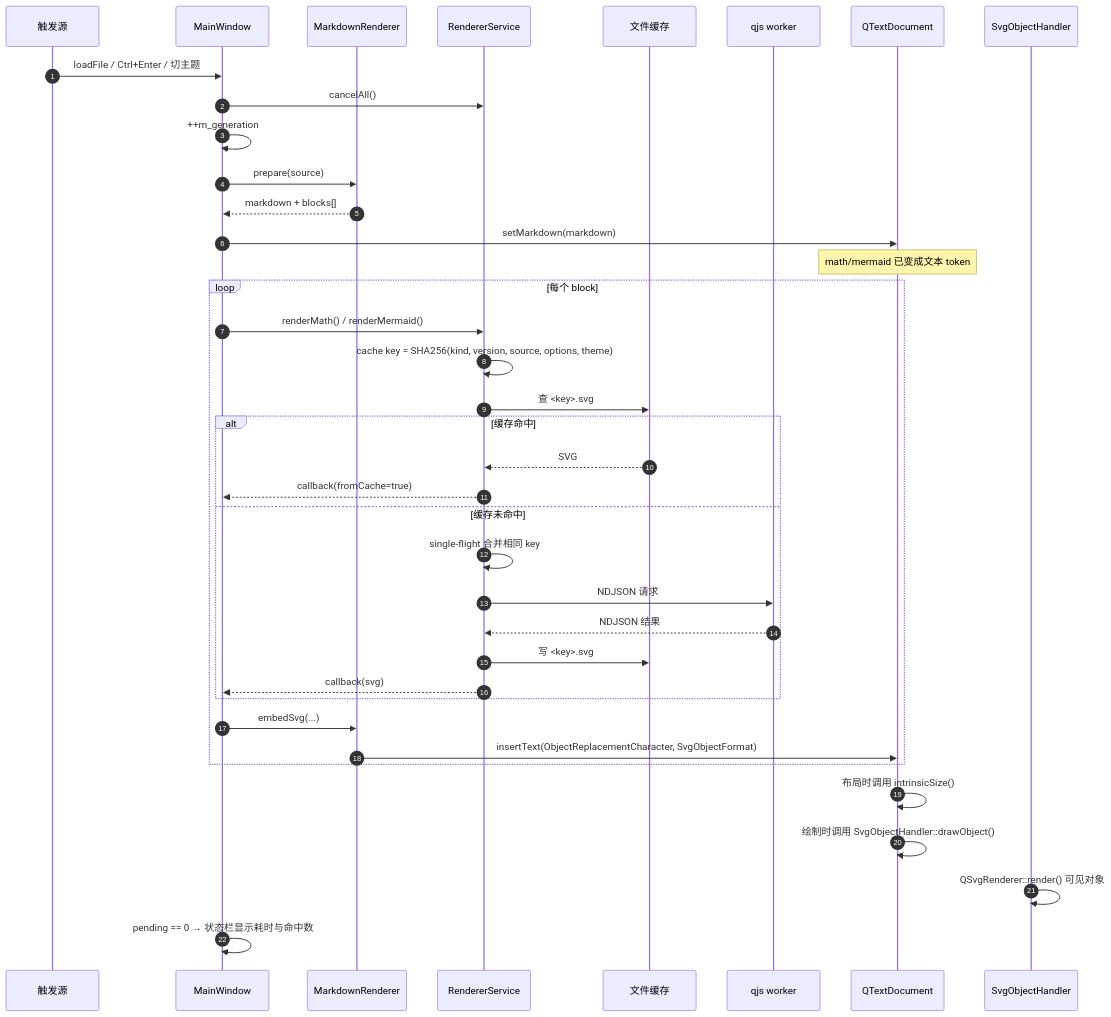
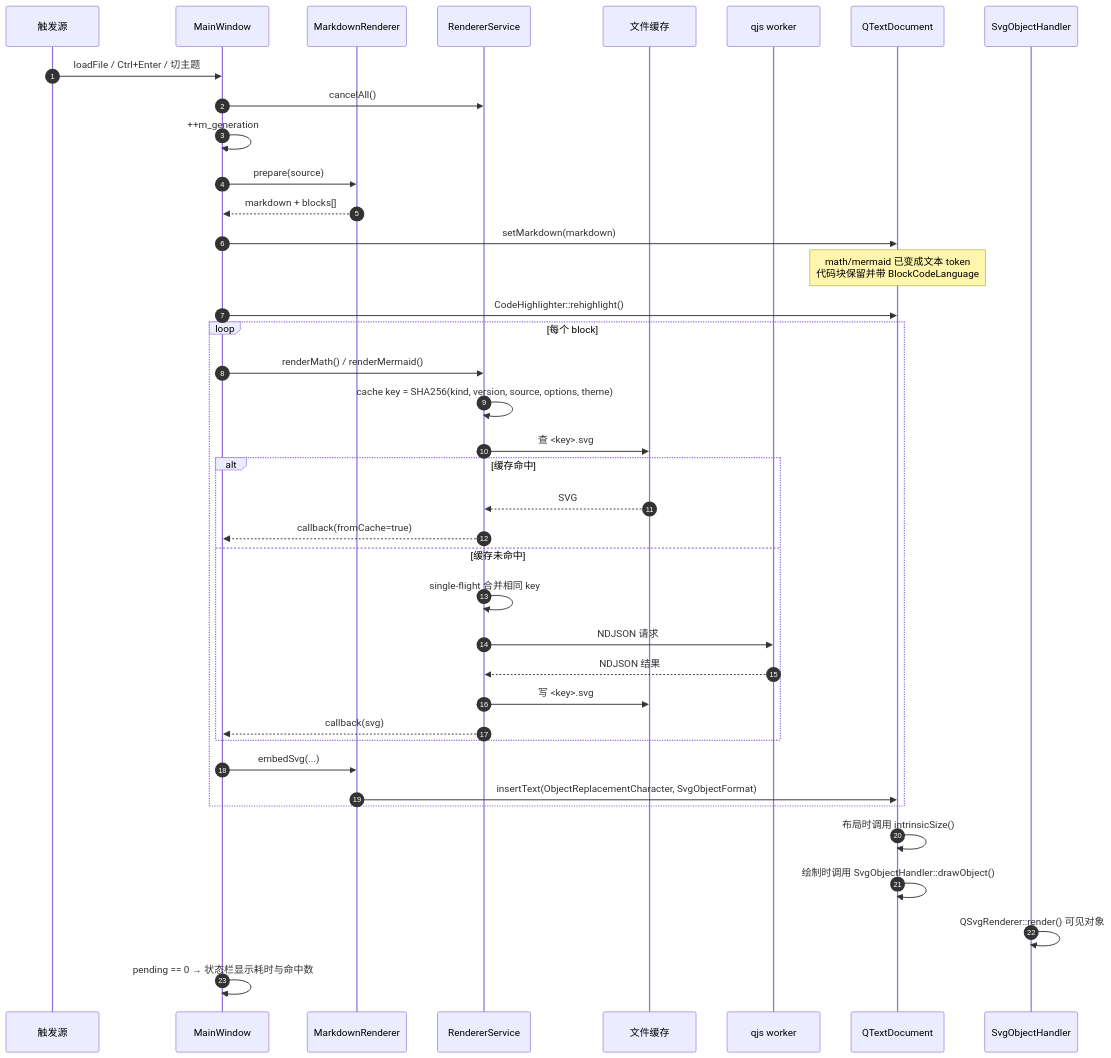
Before and after one commit to iLogIng/qt-rich-text-renderer: the second of 7 diagrams in docs/FLOW.md, drawn with Mermaid. The commit also changed other lines of this file and 19 other files, not shown here.

Commit message:
feat: block level Markdown tokenizer to afford the tex math parsing. surpport the sytax highlight and full mermaid graphic

````diff
--- a/docs/FLOW.md
+++ b/docs/FLOW.md
@@ -48,42 +48,43 @@
 ```mermaid
 sequenceDiagram
     autonumber
     participant U as 触发源
     participant MW as MainWindow
     participant MR as MarkdownRenderer
     participant RS as RendererService
     participant FS as 文件缓存
     participant Q as qjs worker
     participant TD as QTextDocument
 
     U->>MW: loadFile / Ctrl+Enter / 切主题
     MW->>RS: cancelAll()
     MW->>MW: ++m_generation
     MW->>MR: prepare(source)
     MR-->>MW: markdown + blocks[]
     MW->>TD: setMarkdown(markdown)
-    Note over TD: math/mermaid 已变成文本 token
+    Note over TD: math/mermaid 已变成文本 token<br/>代码块保留并带 BlockCodeLanguage
+    MW->>TD: CodeHighlighter::rehighlight()
 
     loop 每个 block
         MW->>RS: renderMath() / renderMermaid()
         RS->>RS: cache key = SHA256(kind, version, source, options, theme)
         RS->>FS: 查 <key>.svg
         alt 缓存命中
             FS-->>RS: SVG
             RS-->>MW: callback(fromCache=true)
         else 缓存未命中
             RS->>RS: single-flight 合并相同 key
             RS->>Q: NDJSON 请求
             Q-->>RS: NDJSON 结果
             RS->>FS: 写 <key>.svg
             RS-->>MW: callback(svg)
         end
         MW->>MR: embedSvg(...)
         MR->>TD: insertText(ObjectReplacementCharacter, SvgObjectFormat)
     end
 
     TD->>TD: 布局时调用 intrinsicSize()
     TD->>TD: 绘制时调用 SvgObjectHandler::drawObject()
     SvgObjectHandler->>SvgObjectHandler: QSvgRenderer::render() 可见对象
     MW->>MW: pending == 0 → 状态栏显示耗时与命中数
 ```
````
